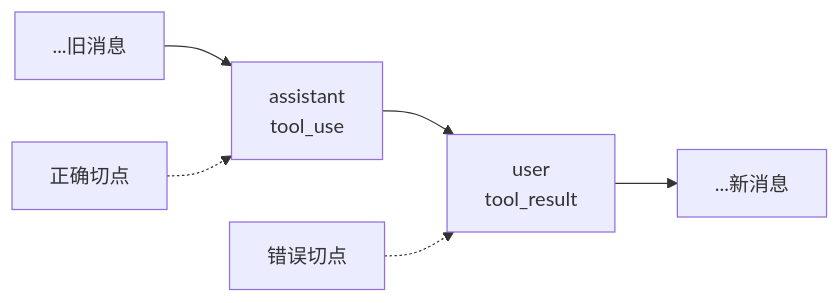
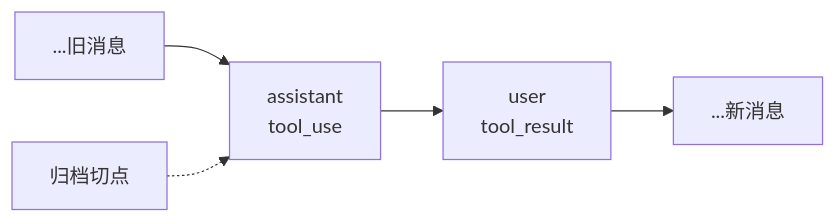
Diagram 11 of 17 in docs/study-guide.md (still0123/agentloop), drawn with Mermaid before and after one commit. The commit also changed other lines of this file and 2 other files, not shown here.

````diff
--- a/docs/study-guide.md
+++ b/docs/study-guide.md
@@ -671,9 +718,7 @@
 ```mermaid
 flowchart LR
     Before["...旧消息"] --> Use["assistant<br/>tool_use"]
     Use --> Result["user<br/>tool_result"]
     Result --> After["...新消息"]
-
-    CutBad["错误切点"] -.-> Result
-    CutGood["正确切点"] -.-> Use
+    Archive["归档切点"] -.-> Use
 ```
````
